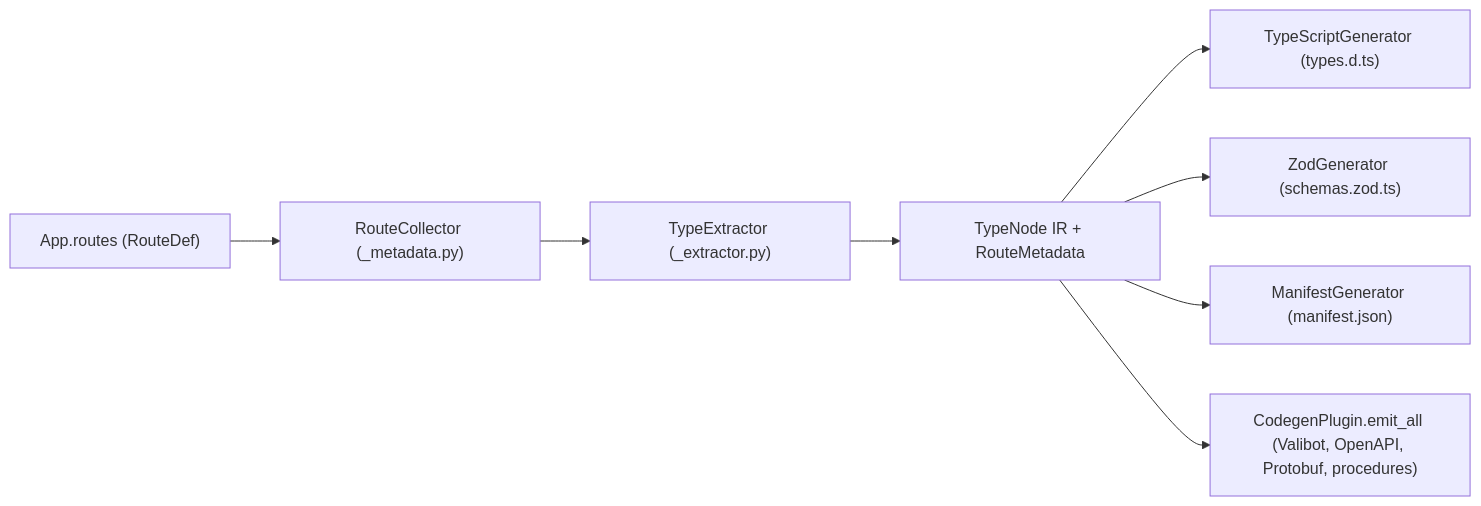
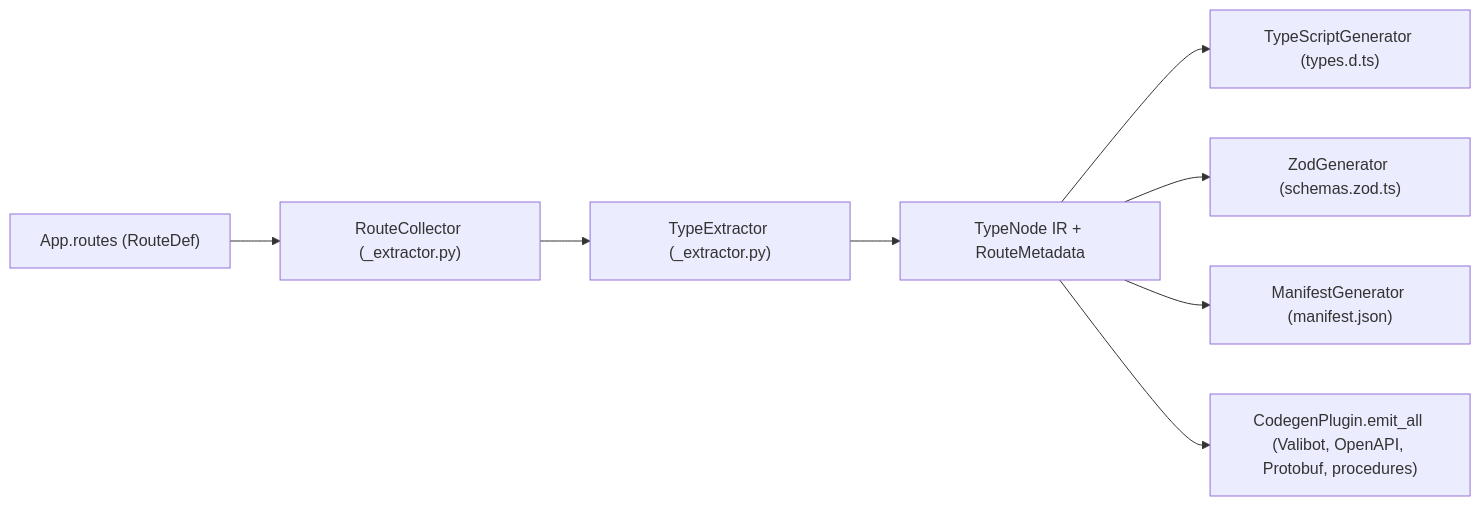
One commit to cofin/vertebra changed the diagram in .agents/bundles/knowledge/architecture/frontend/codegen-and-inertia.md. Above: the diagram before and after it, drawn with Mermaid. The commit also changed other lines of this file and 651 other files, not shown here.

````diff
--- a/.agents/bundles/knowledge/architecture/frontend/codegen-and-inertia.md
+++ b/.agents/bundles/knowledge/architecture/frontend/codegen-and-inertia.md
@@ -30,10 +28,10 @@
 ```mermaid
 flowchart LR
-    App["App.routes (RouteDef)"] --> Collector["RouteCollector (_metadata.py)"]
+    App["App.routes (RouteDef)"] --> Collector["RouteCollector (_extractor.py)"]
     Collector --> Extractor["TypeExtractor (_extractor.py)"]
     Extractor --> IR["TypeNode IR + RouteMetadata"]
     IR --> TS["TypeScriptGenerator (types.d.ts)"]
     IR --> Zod["ZodGenerator (schemas.zod.ts)"]
     IR --> Man["ManifestGenerator (manifest.json)"]
     IR --> Plugin["CodegenPlugin.emit_all (Valibot, OpenAPI, Protobuf, procedures)"]
 ```
````
